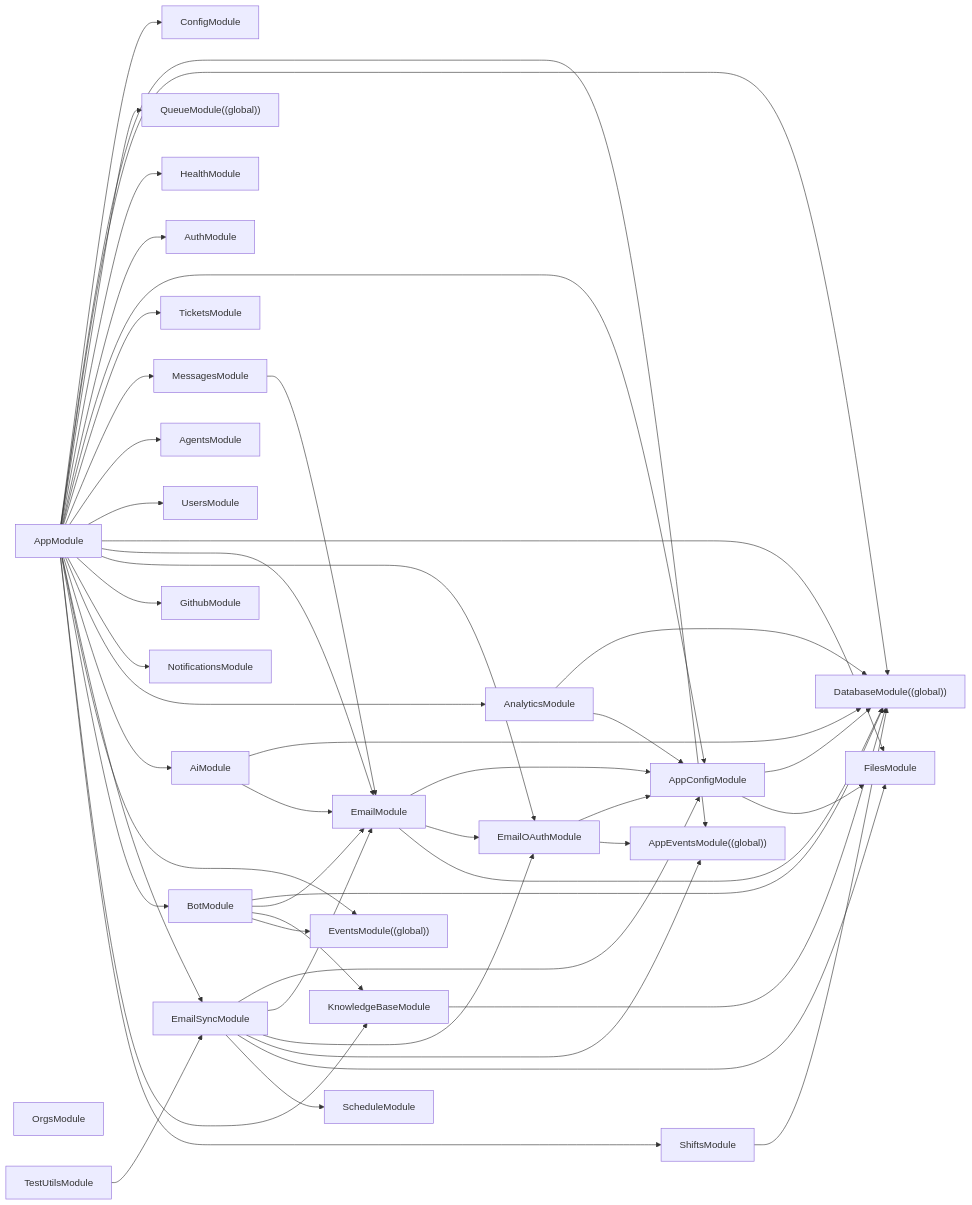
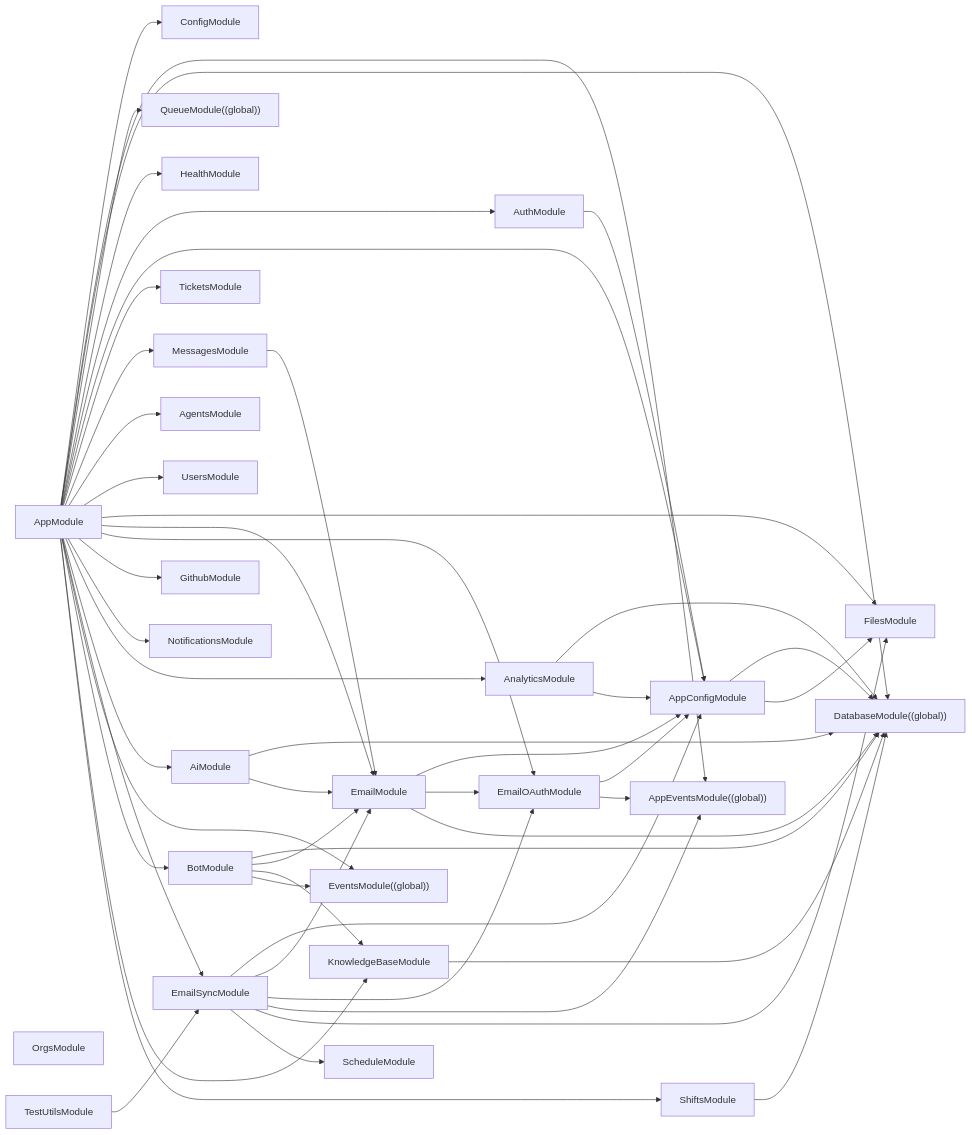
Before and after one commit to Vignesh-Siva96/tmr_athena: the diagram in docs/atlas/_generated/module-graph.md, drawn with Mermaid. The commit also changed other lines of this file and 77 other files, not shown here.

Commit message:
feat(MCP): Updated email flow and other changes

````diff
--- a/docs/atlas/_generated/module-graph.md
+++ b/docs/atlas/_generated/module-graph.md
@@ -9,64 +9,64 @@
 ```mermaid
 flowchart LR
   AgentsModule["AgentsModule"]
   AiModule --> DatabaseModule
   AiModule --> EmailModule
   AnalyticsModule --> DatabaseModule
   AnalyticsModule --> AppConfigModule
   AppConfigModule --> DatabaseModule
   AppConfigModule --> FilesModule
   AppEventsModule["AppEventsModule((global))"]
   AppModule --> ConfigModule
   AppModule --> AppEventsModule
   AppModule --> DatabaseModule
   AppModule --> QueueModule
   AppModule --> HealthModule
   AppModule --> AuthModule
   AppModule --> AppConfigModule
   AppModule --> TicketsModule
   AppModule --> MessagesModule
   AppModule --> AgentsModule
   AppModule --> UsersModule
   AppModule --> FilesModule
   AppModule --> EmailModule
   AppModule --> EmailOAuthModule
   AppModule --> GithubModule
   AppModule --> NotificationsModule
   AppModule --> AnalyticsModule
   AppModule --> AiModule
   AppModule --> EmailSyncModule
   AppModule --> EventsModule
   AppModule --> BotModule
   AppModule --> KnowledgeBaseModule
   AppModule --> ShiftsModule
-  AuthModule["AuthModule"]
+  AuthModule --> AppConfigModule
   BotModule --> DatabaseModule
   BotModule --> EmailModule
   BotModule --> KnowledgeBaseModule
   BotModule --> EventsModule
   DatabaseModule["DatabaseModule((global))"]
   EmailModule --> AppConfigModule
   EmailModule --> EmailOAuthModule
   EmailModule --> DatabaseModule
   EmailOAuthModule --> AppConfigModule
   EmailOAuthModule --> AppEventsModule
   EmailSyncModule --> AppConfigModule
   EmailSyncModule --> EmailModule
   EmailSyncModule --> EmailOAuthModule
   EmailSyncModule --> AppEventsModule
   EmailSyncModule --> FilesModule
   EmailSyncModule --> ScheduleModule
   EventsModule["EventsModule((global))"]
   FilesModule["FilesModule"]
   GithubModule["GithubModule"]
   HealthModule["HealthModule"]
   KnowledgeBaseModule --> DatabaseModule
   MessagesModule --> EmailModule
   NotificationsModule["NotificationsModule"]
   OrgsModule["OrgsModule"]
   QueueModule["QueueModule((global))"]
   ShiftsModule --> DatabaseModule
   TestUtilsModule --> EmailSyncModule
   TicketsModule["TicketsModule"]
   UsersModule["UsersModule"]
 ```
````
